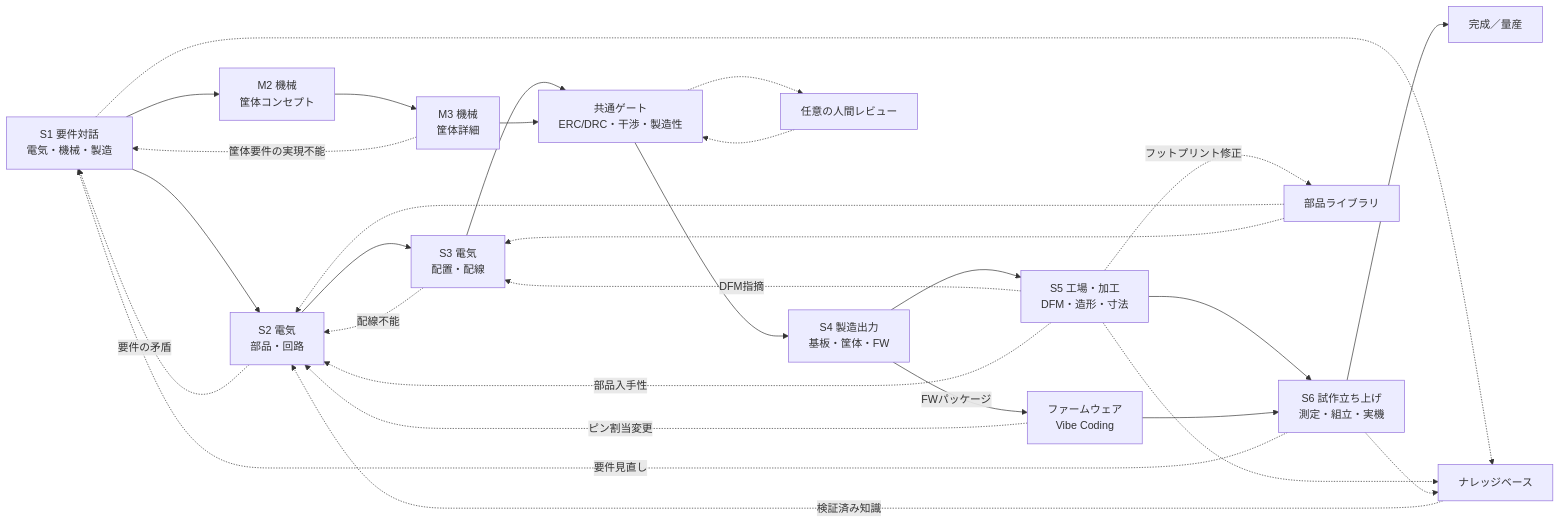
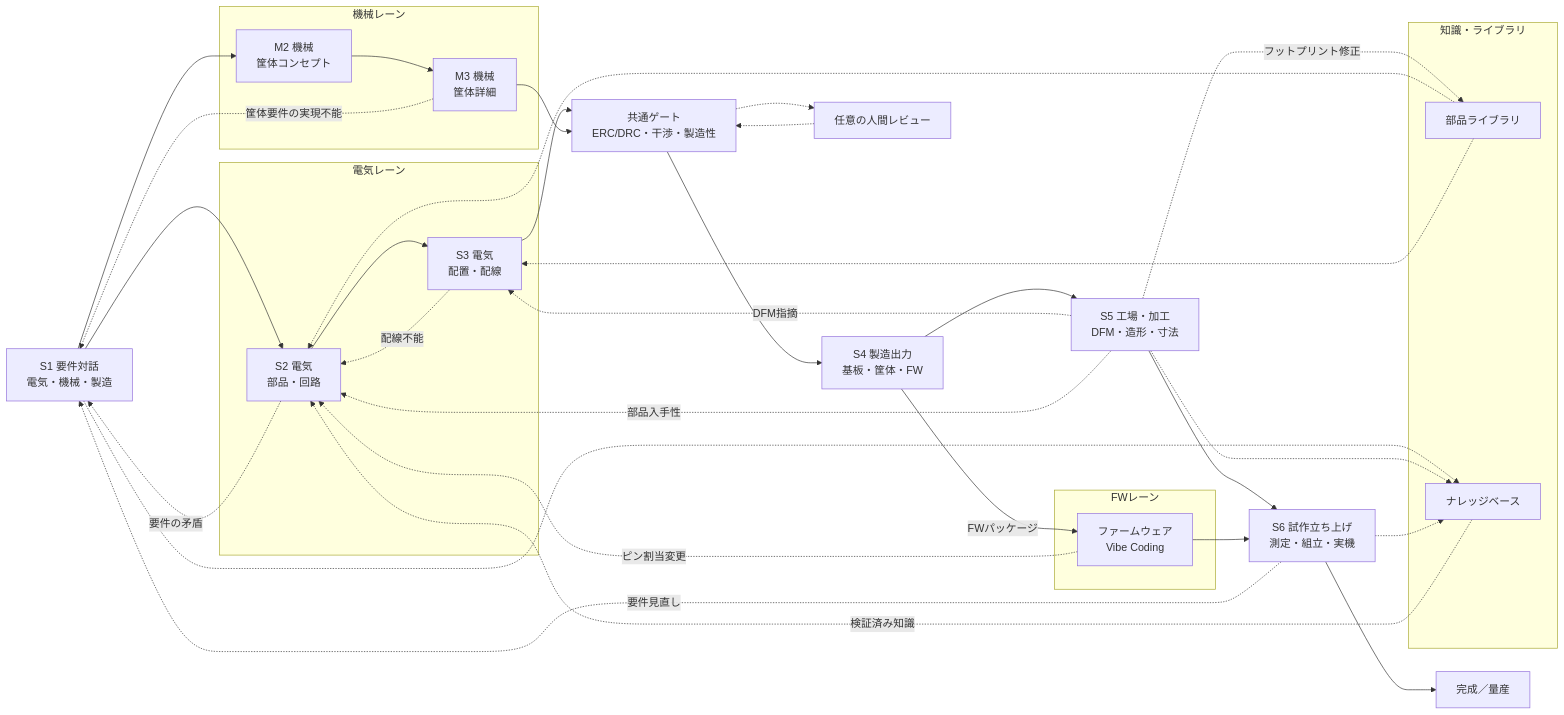
Before and after one commit to uist1idrju3i/acd-agent: the diagram in README.md, drawn with Mermaid. The commit also changed other lines of this file and 6 other files, not shown here.

````diff
--- a/README.md
+++ b/README.md
@@ -102,31 +99,47 @@
 ```mermaid
 flowchart LR
-    S1["S1 要件対話<br/>電気・機械・製造"] --> E2["S2 電気<br/>部品・回路"]
-    S1 --> M2["M2 機械<br/>筐体コンセプト"]
-    E2 --> E3["S3 電気<br/>配置・配線"]
-    M2 --> M3["M3 機械<br/>筐体詳細"]
+    S1["S1 要件対話<br/>電気・機械・製造"]
+    subgraph ELEC["電気レーン"]
+        E2["S2 電気<br/>部品・回路"]
+        E3["S3 電気<br/>配置・配線"]
+    end
+    subgraph MECH["機械レーン"]
+        M2["M2 機械<br/>筐体コンセプト"]
+        M3["M3 機械<br/>筐体詳細"]
+    end
+    subgraph FWLANE["FWレーン"]
+        FW["ファームウェア<br/>Vibe Coding"]
+    end
+    subgraph KNOW["知識・ライブラリ"]
+        LIB["部品ライブラリ"]
+        KB["ナレッジベース"]
+    end
+    S1 --> E2
+    S1 --> M2
+    E2 --> E3
+    M2 --> M3
     E3 --> G["共通ゲート<br/>ERC/DRC・干渉・製造性"]
     M3 --> G
     G --> S4["S4 製造出力<br/>基板・筐体・FW"]
     S4 --> S5["S5 工場・加工<br/>DFM・造形・寸法"]
     S5 --> S6["S6 試作立ち上げ<br/>測定・組立・実機"]
     S6 --> DONE["完成／量産"]
-    S4 -->|FWパッケージ| FW["ファームウェア<br/>Vibe Coding"]
+    S4 -->|FWパッケージ| FW
     FW --> S6
-    LIB["部品ライブラリ"] -.-> E2
+    LIB -.-> E2
     LIB -.-> E3
     G -.-> HR["任意の人間レビュー"]
     HR -.-> G
     E2 -.->|要件の矛盾| S1
     E3 -.->|配線不能| E2
     M3 -.->|筐体要件の実現不能| S1
     S5 -.->|DFM指摘| E3
     S5 -.->|部品入手性| E2
     S5 -.->|フットプリント修正| LIB
     FW -.->|ピン割当変更| E2
     S6 -.->|要件見直し| S1
-    S1 -.-> KB["ナレッジベース"]
+    S1 -.-> KB
     S5 -.-> KB
     S6 -.-> KB
     KB -.->|検証済み知識| E2
 ```
````
